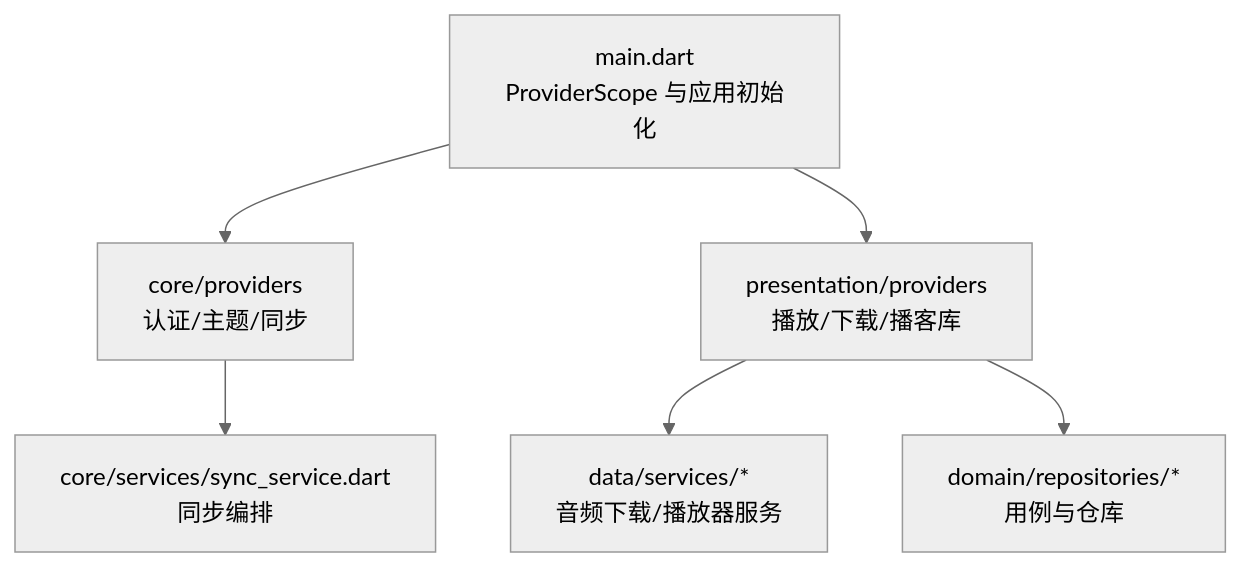
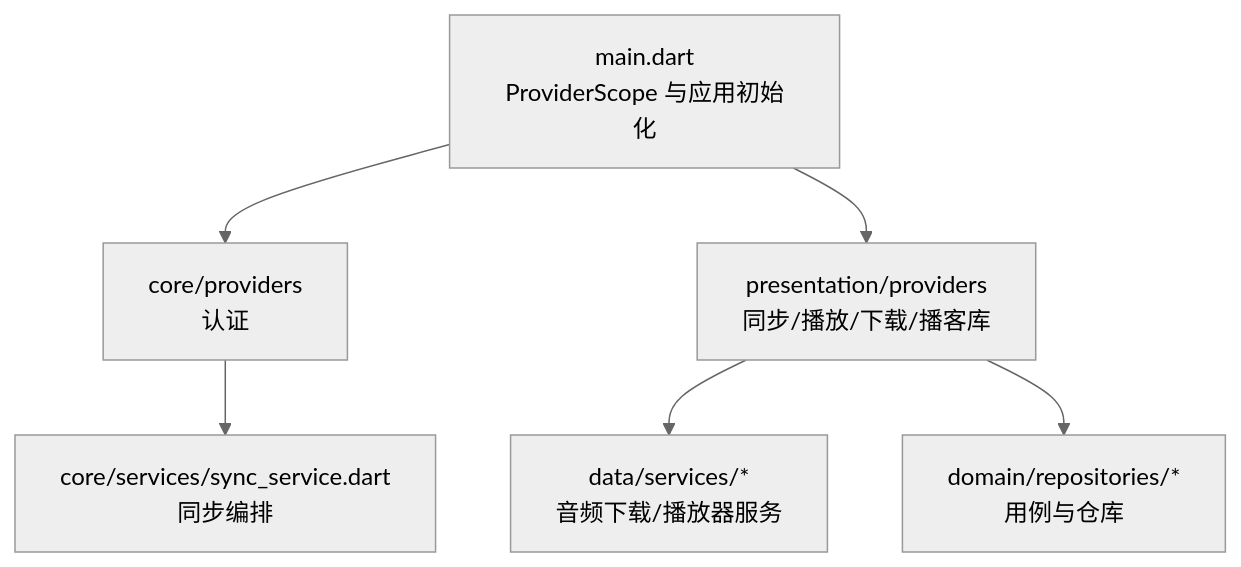
One commit to ZTfer/Tinycast changed the first of 7 diagrams in .qoder/repowiki/zh/content/扩展开发/自定义功能开发/状态管理.md. Above: the diagram before and after it, drawn with Mermaid (neutral theme). The commit also changed other lines of this file and 34 other files, not shown here.

````diff
--- a/.qoder/repowiki/zh/content/扩展开发/自定义功能开发/状态管理.md
+++ b/.qoder/repowiki/zh/content/扩展开发/自定义功能开发/状态管理.md
@@ -51,8 +52,8 @@
 ```mermaid
 graph TB
-A["main.dart<br/>ProviderScope 与应用初始化"] --> B["core/providers<br/>认证/主题/同步"]
-A --> C["presentation/providers<br/>播放/下载/播客库"]
+A["main.dart<br/>ProviderScope 与应用初始化"] --> B["core/providers<br/>认证"]
+A --> C["presentation/providers<br/>同步/播放/下载/播客库"]
 B --> D["core/services/sync_service.dart<br/>同步编排"]
 C --> E["data/services/*<br/>音频下载/播放器服务"]
 C --> F["domain/repositories/*<br/>用例与仓库"]
 ```
````
